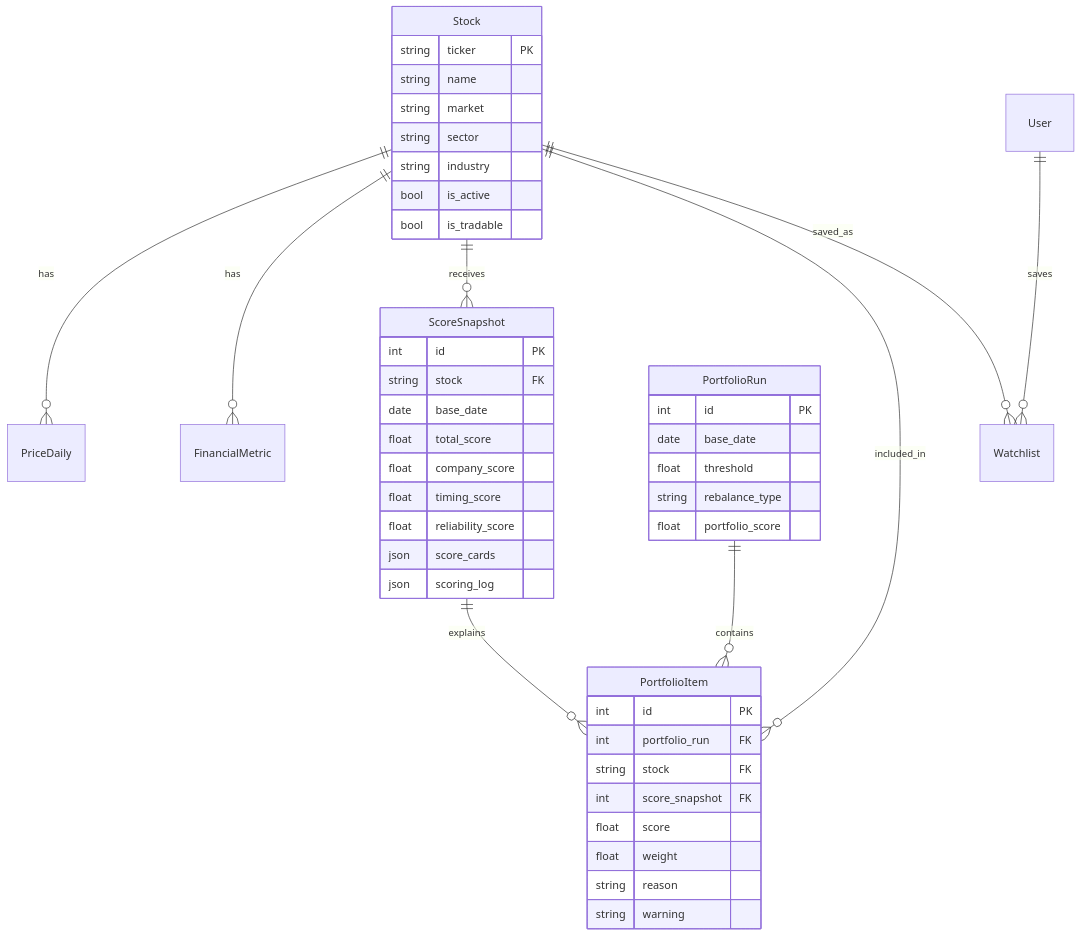
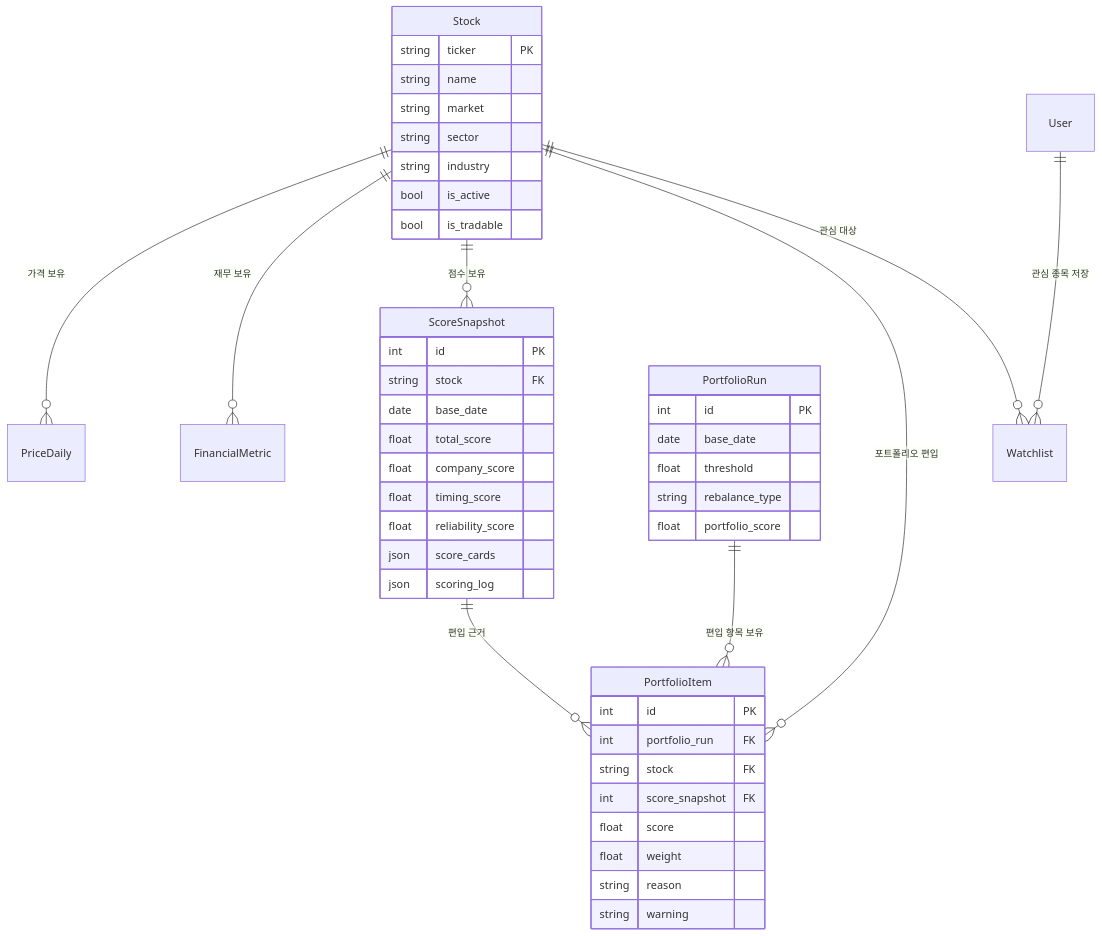
Before and after one commit to Janjonghwa/Alphapick: the second of 4 diagrams in docs/UML.md, drawn with Mermaid. The commit also changed other lines of this file and 46 other files, not shown here.

````diff
--- a/docs/UML.md
+++ b/docs/UML.md
@@ -18,52 +18,52 @@
 ```mermaid
 erDiagram
-  Stock ||--o{ PriceDaily : has
-  Stock ||--o{ FinancialMetric : has
-  Stock ||--o{ ScoreSnapshot : receives
-  PortfolioRun ||--o{ PortfolioItem : contains
-  Stock ||--o{ PortfolioItem : included_in
-  ScoreSnapshot ||--o{ PortfolioItem : explains
-  User ||--o{ Watchlist : saves
-  Stock ||--o{ Watchlist : saved_as
+  Stock ||--o{ PriceDaily : "가격 보유"
+  Stock ||--o{ FinancialMetric : "재무 보유"
+  Stock ||--o{ ScoreSnapshot : "점수 보유"
+  PortfolioRun ||--o{ PortfolioItem : "편입 항목 보유"
+  Stock ||--o{ PortfolioItem : "포트폴리오 편입"
+  ScoreSnapshot ||--o{ PortfolioItem : "편입 근거"
+  User ||--o{ Watchlist : "관심 종목 저장"
+  Stock ||--o{ Watchlist : "관심 대상"
 
   Stock {
     string ticker PK
     string name
     string market
     string sector
     string industry
     bool is_active
     bool is_tradable
   }
 
   ScoreSnapshot {
     int id PK
     string stock FK
     date base_date
     float total_score
     float company_score
     float timing_score
     float reliability_score
     json score_cards
     json scoring_log
   }
 
   PortfolioRun {
     int id PK
     date base_date
     float threshold
     string rebalance_type
     float portfolio_score
   }
 
   PortfolioItem {
     int id PK
     int portfolio_run FK
     string stock FK
     int score_snapshot FK
     float score
     float weight
     string reason
     string warning
   }
 ```
````
